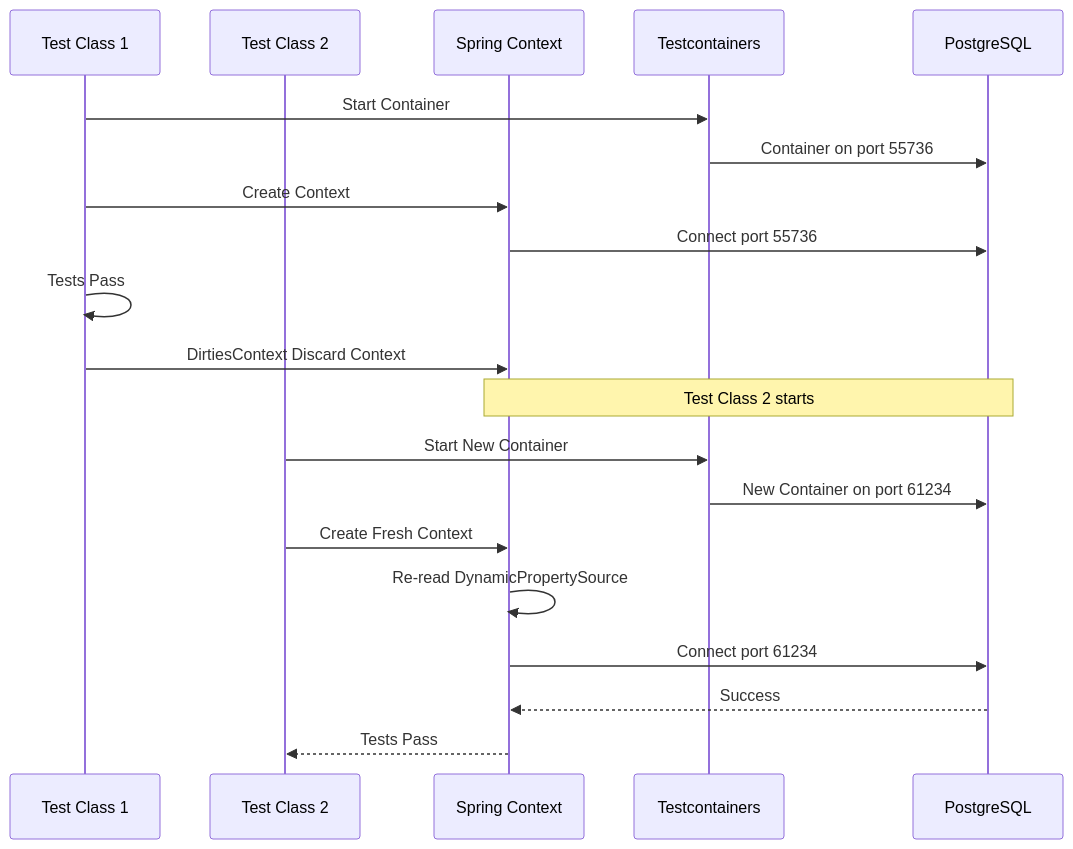
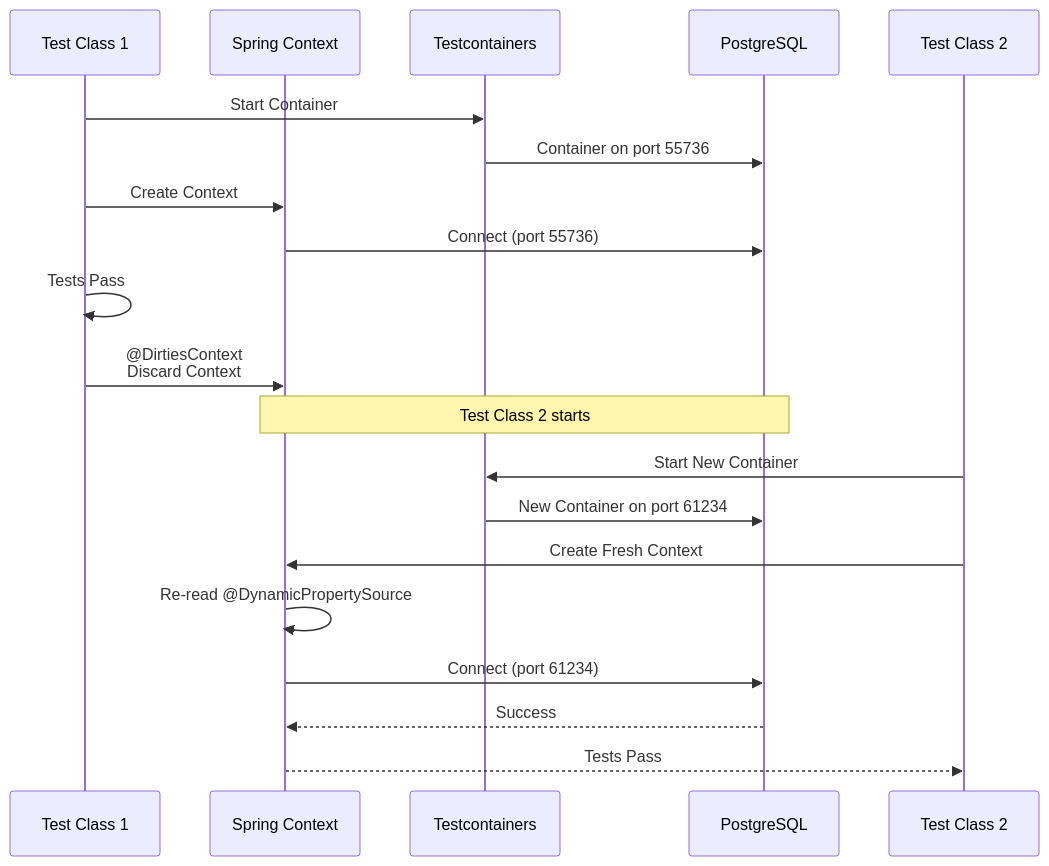
One commit to DCRC95/Event-Analytics-Processing-API changed the eighth of 8 diagrams in Overview.md. Above: the diagram before and after it, drawn with Mermaid. The commit also changed other lines of this file, not shown here.

Commit message:
final mermaid fix

````diff
--- a/Overview.md
+++ b/Overview.md
@@ -575,25 +573,25 @@
 ```mermaid
 sequenceDiagram
     participant T1 as Test Class 1
-    participant T2 as Test Class 2
     participant SC as Spring Context
     participant TC as Testcontainers
     participant DB as PostgreSQL
     
     T1->>TC: Start Container
     TC->>DB: Container on port 55736
     T1->>SC: Create Context
-    SC->>DB: Connect port 55736
+    SC->>DB: Connect (port 55736)
     T1->>T1: Tests Pass
-    T1->>SC: DirtiesContext Discard Context
+    T1->>SC: @DirtiesContext<br/>Discard Context
     
     Note over SC,DB: Test Class 2 starts
     
+    participant T2 as Test Class 2
     T2->>TC: Start New Container
     TC->>DB: New Container on port 61234
     T2->>SC: Create Fresh Context
-    SC->>SC: Re-read DynamicPropertySource
-    SC->>DB: Connect port 61234
+    SC->>SC: Re-read @DynamicPropertySource
+    SC->>DB: Connect (port 61234)
     DB-->>SC: Success
     SC-->>T2: Tests Pass
 ```
````
